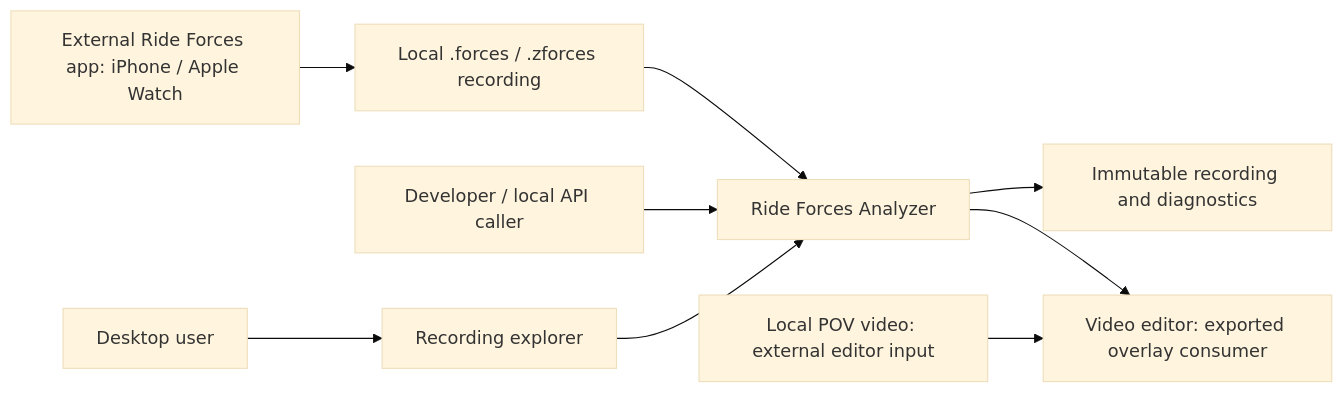
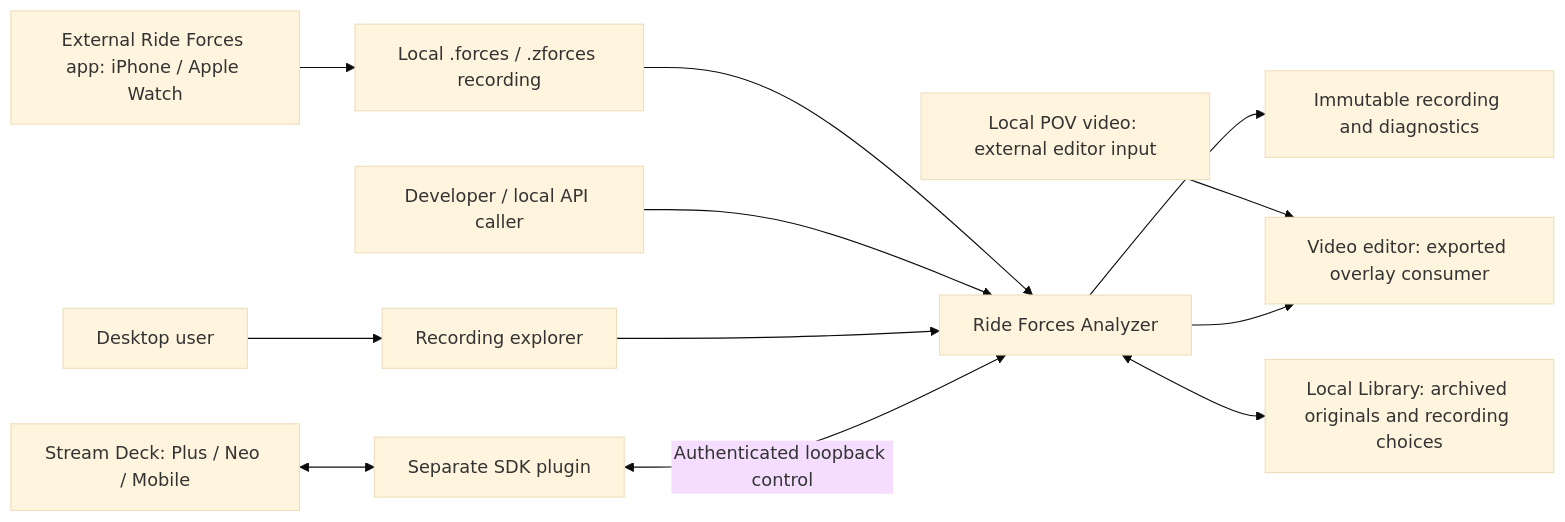
The diagram in docs/architecture/03_context_and_scope.md (rudnerbjoern/ride-forces-analyzer), drawn with Mermaid (base theme) before and after one commit. The commit also changed other lines of this file and 45 other files, not shown here.

````diff
--- a/docs/architecture/03_context_and_scope.md
+++ b/docs/architecture/03_context_and_scope.md
@@ -24,20 +24,26 @@
 ```mermaid
 flowchart LR
     Capture["External Ride Forces app: iPhone / Apple Watch"]
     Original["Local .forces / .zforces recording"]
     Caller["Developer / local API caller"]
     Analyzer["Ride Forces Analyzer"]
     Result["Immutable recording and diagnostics"]
     Desktop["Desktop user"]
     Window["Recording explorer"]
     Video["Local POV video: external editor input"]
     Editor["Video editor: exported overlay consumer"]
+    Library["Local Library: archived originals and recording choices"]
+    Deck["Stream Deck: Plus / Neo / Mobile"]
+    Plugin["Separate SDK plugin"]
     Capture --> Original
     Original --> Analyzer
     Caller --> Analyzer
     Analyzer --> Result
     Desktop --> Window
     Window --> Analyzer
     Video --> Editor
     Analyzer --> Editor
+    Analyzer <--> Library
+    Deck <--> Plugin
+    Plugin <-->|Authenticated loopback control| Analyzer
 ```
````
